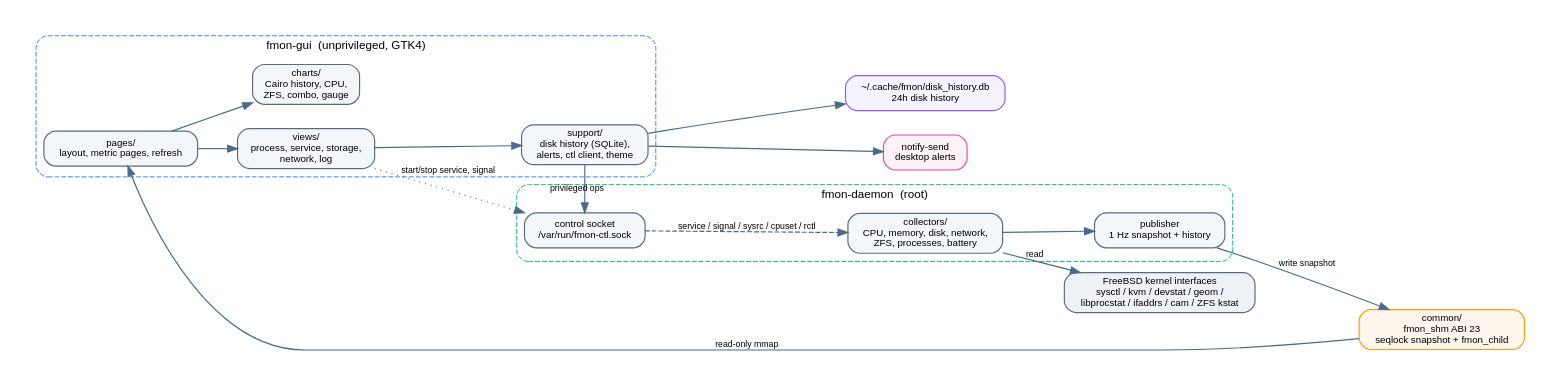
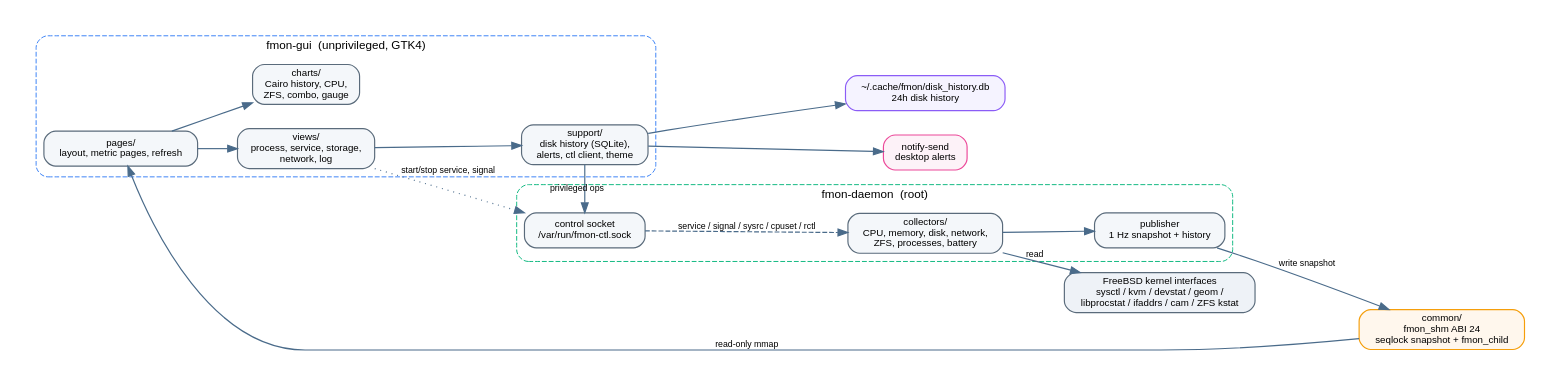
The diagram in docs/project-structure.dot (Nickhades/fmon), drawn with Graphviz before and after one commit. The commit also changed 30 other files, not shown here.

```diff
--- a/docs/project-structure.dot
+++ b/docs/project-structure.dot
@@ -1,38 +1,38 @@
 digraph fmon {
   graph [rankdir=LR, bgcolor="white", pad="0.3", nodesep="0.35", ranksep="0.55", fontname="Helvetica"];
   node [shape=box, style="rounded,filled", fontname="Helvetica", fontsize=10, color="#5a6b7b", fillcolor="#f4f7fa", penwidth=1.2];
   edge [color="#4a6b8a", penwidth=1.2, fontname="Helvetica", fontsize=9];
 
   subgraph cluster_gui {
     label="fmon-gui  (unprivileged, GTK4)";
     fontsize=12; color="#3b82f6"; style="rounded,dashed";
     pages [label="pages/\nlayout, metric pages, refresh"];
     views [label="views/\nprocess, service, storage,\nnetwork, log"];
     charts [label="charts/\nCairo history, CPU,\nZFS, combo, gauge"];
     support [label="support/\ndisk history (SQLite),\nalerts, ctl client, theme"];
     pages -> views; pages -> charts; views -> support;
   }
 
   subgraph cluster_daemon {
     label="fmon-daemon  (root)";
     fontsize=12; color="#10b981"; style="rounded,dashed";
     collectors [label="collectors/\nCPU, memory, disk, network,\nZFS, processes, battery"];
     publisher [label="publisher\n1 Hz snapshot + history"];
     control [label="control socket\n/var/run/fmon-ctl.sock"];
     collectors -> publisher;
   }
 
-  common [label="common/\nfmon_shm ABI 23\nseqlock snapshot + fmon_child", fillcolor="#fff7ed", color="#f59e0b"];
+  common [label="common/\nfmon_shm ABI 24\nseqlock snapshot + fmon_child", fillcolor="#fff7ed", color="#f59e0b"];
   os [label="FreeBSD kernel interfaces\nsysctl / kvm / devstat / geom /\nlibprocstat / ifaddrs / cam / ZFS kstat", fillcolor="#eef2f7"];
   sqlite [label="~/.cache/fmon/disk_history.db\n24h disk history", fillcolor="#f5f3ff", color="#8b5cf6"];
   notify [label="notify-send\ndesktop alerts", fillcolor="#fdf2f8", color="#ec4899"];
 
   publisher -> common [label="write snapshot"];
   common -> pages [label="read-only mmap"];
   support -> control [label="privileged ops"];
   control -> collectors [label="service / signal / sysrc / cpuset / rctl", style=dashed];
   collectors -> os [label="read"];
   support -> sqlite;
   support -> notify;
   views -> control [label="start/stop service, signal", style=dotted];
 }
```
